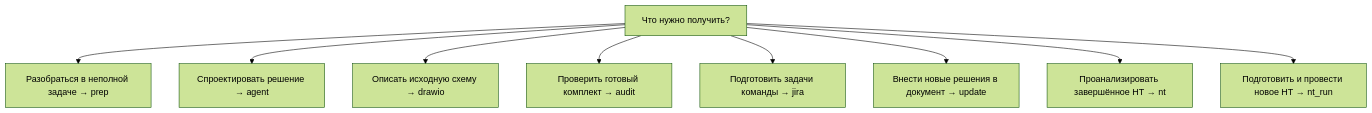
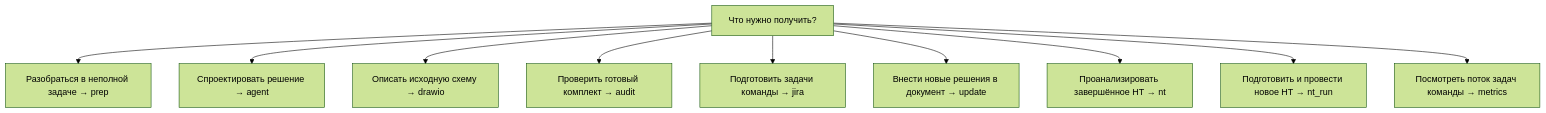
The first of 2 diagrams in docs/WORKFLOWS.md (IST0VE/orbita-agent), drawn with Mermaid (forest theme) before and after one commit. The commit also changed other lines of this file and 51 other files, not shown here.

````diff
--- a/docs/WORKFLOWS.md
+++ b/docs/WORKFLOWS.md
@@ -9,11 +9,12 @@
 ```mermaid
 flowchart TD
     A["Что нужно получить?"] --> B["Разобраться в неполной задаче → prep"]
     A --> C["Спроектировать решение → agent"]
     A --> D["Описать исходную схему → drawio"]
     A --> E["Проверить готовый комплект → audit"]
     A --> F["Подготовить задачи команды → jira"]
     A --> G["Внести новые решения в документ → update"]
     A --> H["Проанализировать завершённое НТ → nt"]
     A --> I["Подготовить и провести новое НТ → nt_run"]
+    A --> J["Посмотреть поток задач команды → metrics"]
 ```
````
